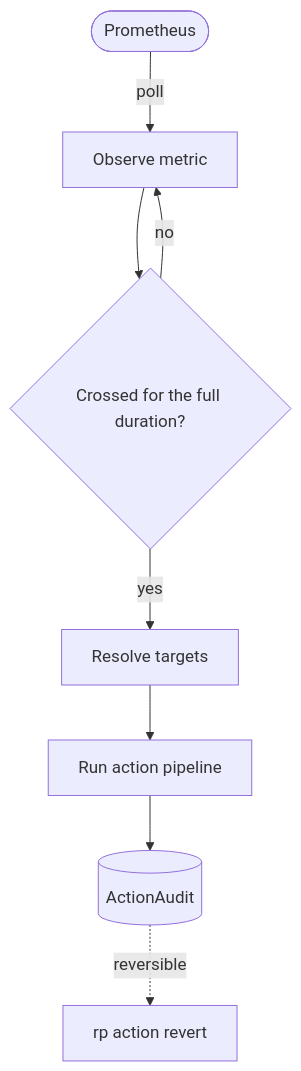
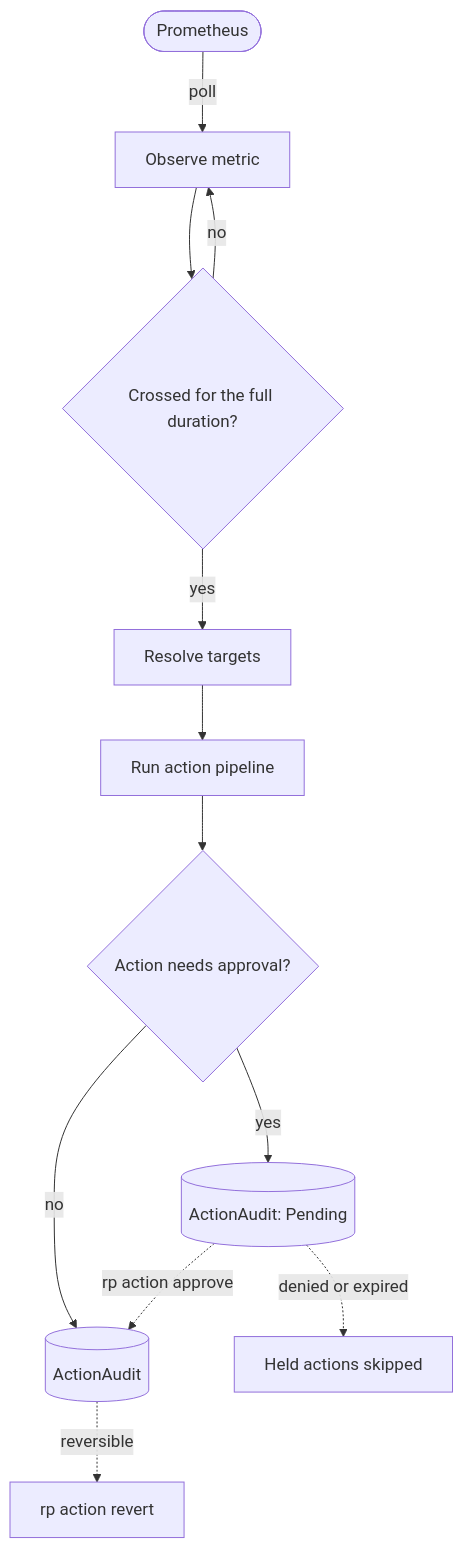
Before and after one commit to Vedooo/reactive-policy: the diagram in docs/index.md, drawn with Mermaid. The commit also changed other lines of this file and 10 other files, not shown here.

First line of the commit message:
docs: bring architecture, dashboard and alerts up to date with v0.4.0 (#35)

````diff
--- a/docs/index.md
+++ b/docs/index.md
@@ -10,11 +10,15 @@
 ```mermaid
 %%{init: {'flowchart': {'nodeSpacing': 50, 'rankSpacing': 55}, 'themeVariables': {'fontSize': '17px'}}}%%
 flowchart TD
     PR([Prometheus]) -->|poll| OB[Observe metric]
     OB --> EV{Crossed for the full duration?}
     EV -->|no| OB
     EV -->|yes| RT[Resolve targets]
     RT --> ACT[Run action pipeline]
-    ACT --> AUD[(ActionAudit)]
+    ACT --> GATE{Action needs approval?}
+    GATE -->|no| AUD[(ActionAudit)]
+    GATE -->|yes| HOLD[(ActionAudit: Pending)]
+    HOLD -.->|rp action approve| AUD
+    HOLD -.->|denied or expired| SKIP[Held actions skipped]
     AUD -.->|reversible| RV[rp action revert]
 ```
````
